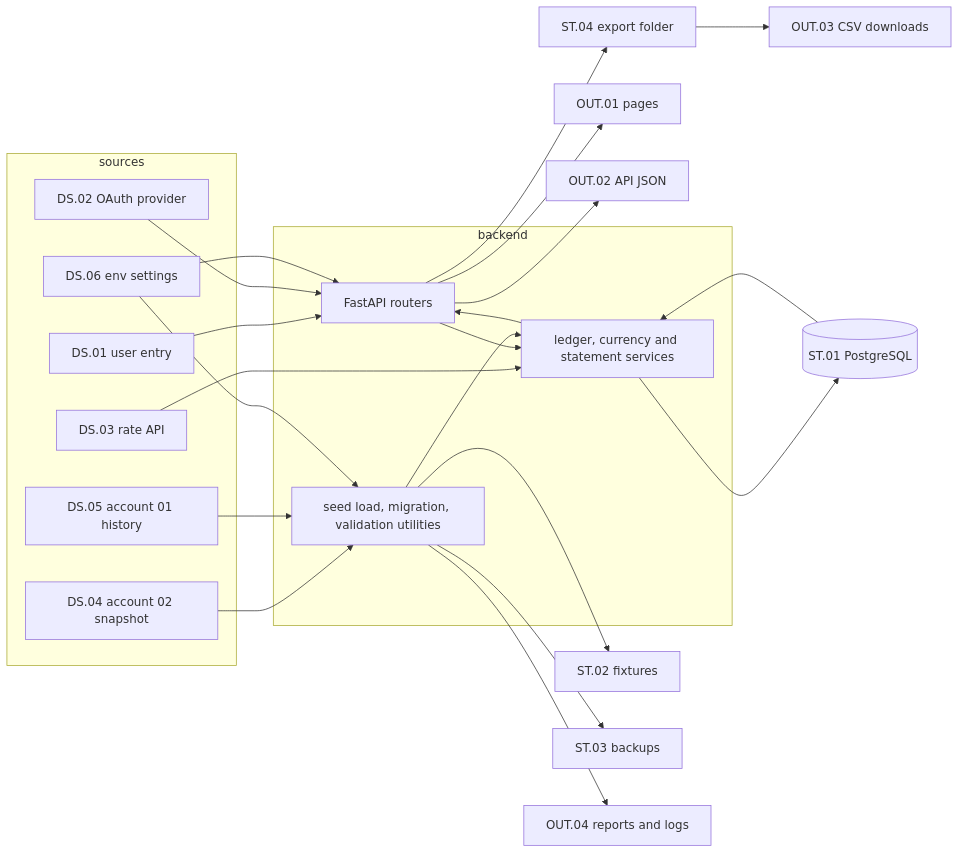
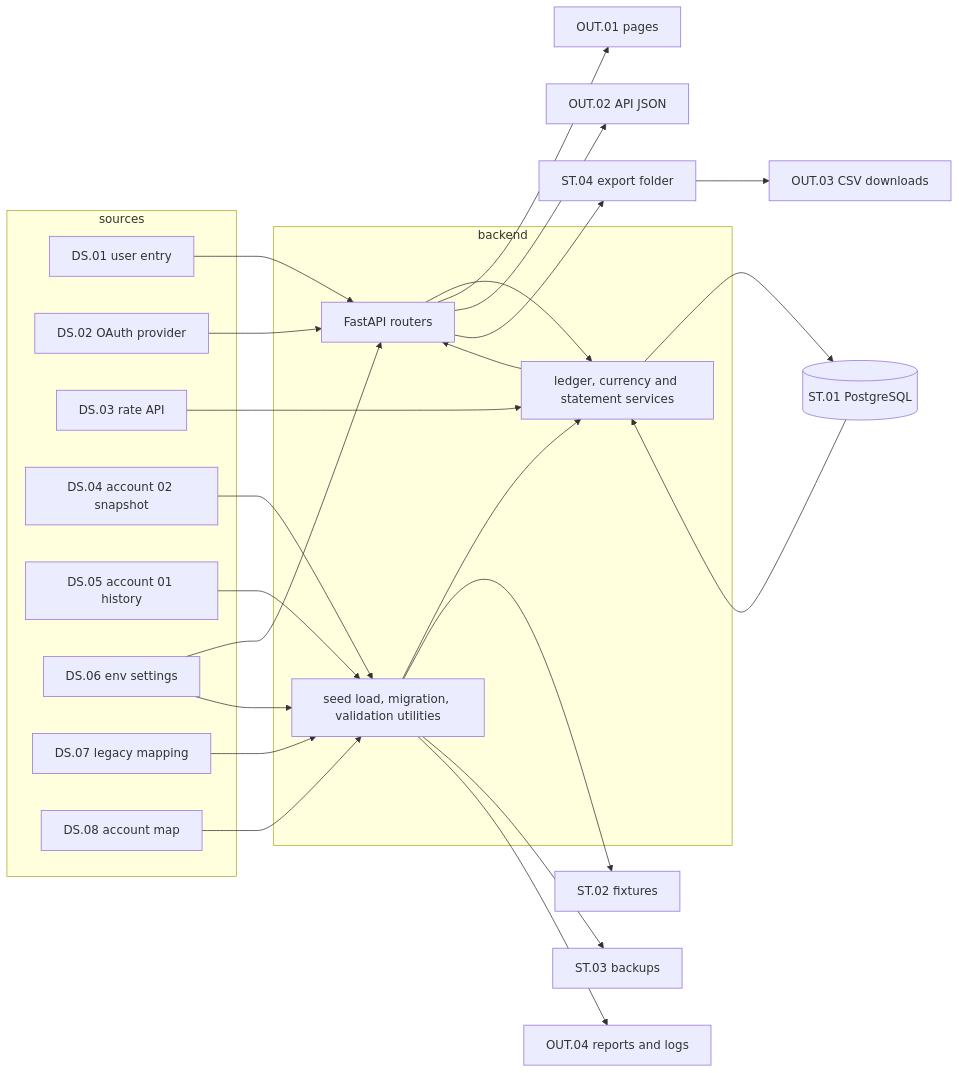
Before and after one commit to yayfalafels/redbooks: the diagram in docs/releases/020/design/data-flows.md, drawn with Mermaid. The commit also changed other lines of this file and 20 other files, not shown here.

````diff
--- a/docs/releases/020/design/data-flows.md
+++ b/docs/releases/020/design/data-flows.md
@@ -48,33 +50,37 @@
 ```mermaid
 flowchart LR
   subgraph sources
     DS01[DS.01 user entry]
     DS02[DS.02 OAuth provider]
     DS03[DS.03 rate API]
     DS04[DS.04 account 02 snapshot]
     DS05[DS.05 account 01 history]
     DS06[DS.06 env settings]
+    DS07[DS.07 legacy mapping]
+    DS08[DS.08 account map]
   end
   subgraph backend
     API[FastAPI routers]
     SVC[ledger, currency and statement services]
     CLI[seed load, migration, validation utilities]
   end
   DB[(ST.01 PostgreSQL)]
   DS01 --> API
   DS02 --> API
   DS03 --> SVC
   DS04 --> CLI
   DS05 --> CLI
   DS06 --> API
   DS06 --> CLI
+  DS07 --> CLI
+  DS08 --> CLI
   API --> SVC --> DB
   CLI --> SVC
   DB --> SVC --> API
   API --> OUT01[OUT.01 pages]
   API --> OUT02[OUT.02 API JSON]
   API --> ST04[ST.04 export folder] --> OUT03[OUT.03 CSV downloads]
   CLI --> ST02[ST.02 fixtures]
   CLI --> ST03[ST.03 backups]
   CLI --> OUT04[OUT.04 reports and logs]
 ```
````
